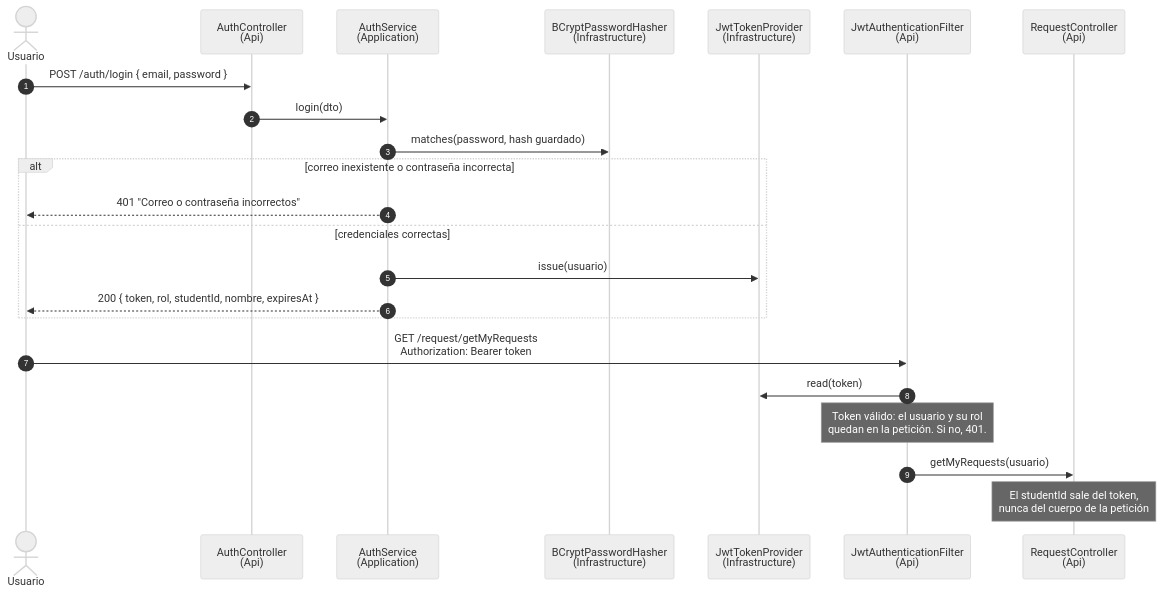
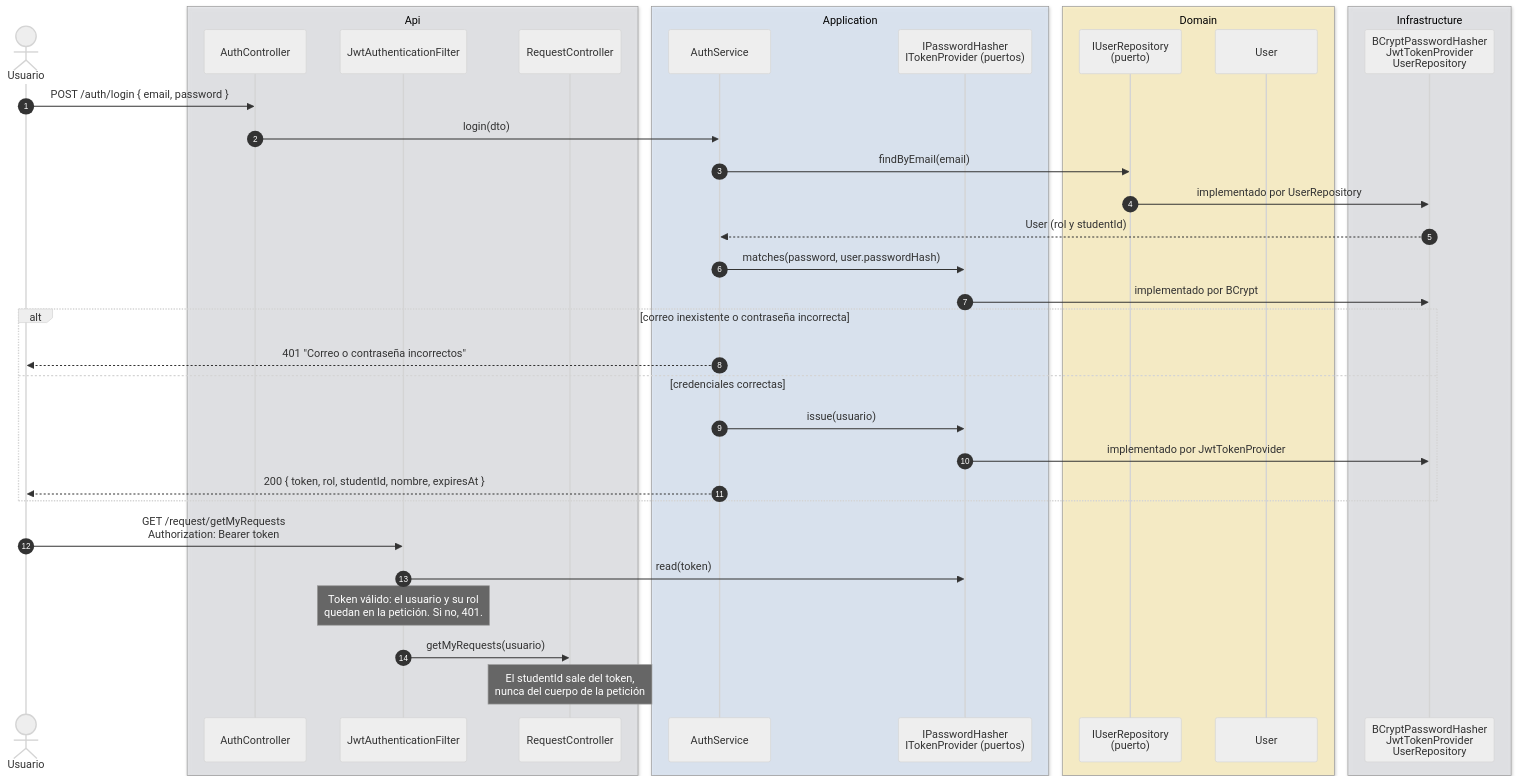
The ninth of 10 diagrams in README.md (SemilleroSOLID/clean-architecture-api), drawn with Mermaid (neutral theme) before and after one commit. The commit also changed other lines of this file, not shown here.

Commit message:
docs: design patterns implemented and sequence diagrams grouped by layer, with the domain

````diff
--- a/README.md
+++ b/README.md
@@ -508,26 +593,41 @@
 ```mermaid
 sequenceDiagram
     autonumber
     actor U as Usuario
-    participant Auth as AuthController<br/>(Api)
-    participant Svc as AuthService<br/>(Application)
-    participant Hash as BCryptPasswordHasher<br/>(Infrastructure)
-    participant Tok as JwtTokenProvider<br/>(Infrastructure)
-    participant F as JwtAuthenticationFilter<br/>(Api)
-    participant Ctrl as RequestController<br/>(Api)
+    box rgba(229,231,235,0.6) Api
+        participant Auth as AuthController
+        participant F as JwtAuthenticationFilter
+        participant Ctrl as RequestController
+    end
+    box rgba(219,234,254,0.6) Application
+        participant Svc as AuthService
+        participant Ports as IPasswordHasher<br/>ITokenProvider (puertos)
+    end
+    box rgba(255,243,196,0.8) Domain
+        participant UPort as IUserRepository<br/>(puerto)
+        participant User as User
+    end
+    box rgba(229,231,235,0.6) Infrastructure
+        participant Adapters as BCryptPasswordHasher<br/>JwtTokenProvider<br/>UserRepository
+    end
 
     U->>Auth: POST /auth/login { email, password }
     Auth->>Svc: login(dto)
-    Svc->>Hash: matches(password, hash guardado)
+    Svc->>UPort: findByEmail(email)
+    UPort->>Adapters: implementado por UserRepository
+    Adapters-->>Svc: User (rol y studentId)
+    Svc->>Ports: matches(password, user.passwordHash)
+    Ports->>Adapters: implementado por BCrypt
     alt correo inexistente o contraseña incorrecta
         Svc-->>U: 401 "Correo o contraseña incorrectos"
     else credenciales correctas
-        Svc->>Tok: issue(usuario)
+        Svc->>Ports: issue(usuario)
+        Ports->>Adapters: implementado por JwtTokenProvider
         Svc-->>U: 200 { token, rol, studentId, nombre, expiresAt }
     end
     U->>F: GET /request/getMyRequests<br/>Authorization: Bearer token
-    F->>Tok: read(token)
+    F->>Ports: read(token)
     Note over F: Token válido: el usuario y su rol<br/>quedan en la petición. Si no, 401.
     F->>Ctrl: getMyRequests(usuario)
     Note over Ctrl: El studentId sale del token,<br/>nunca del cuerpo de la petición
 ```
````
